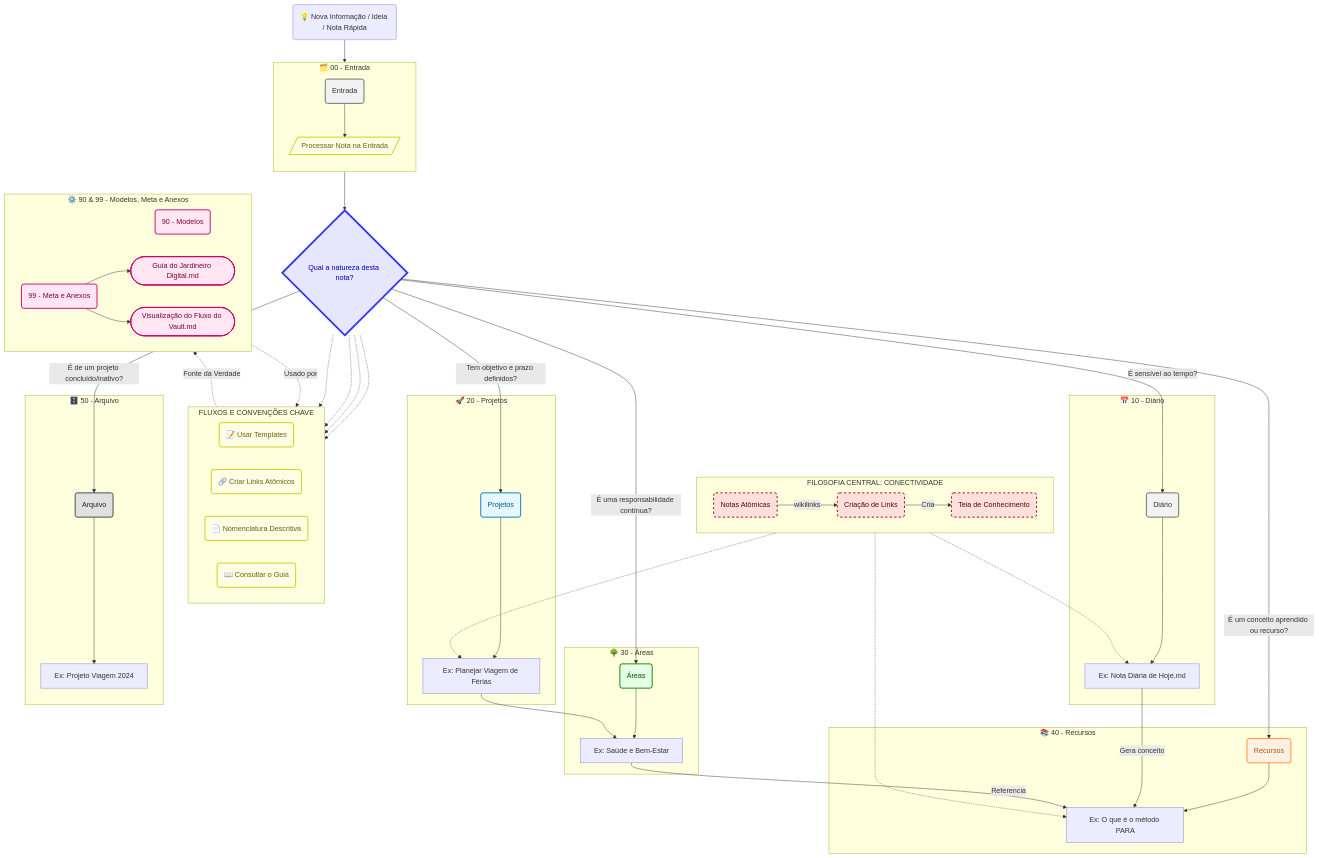
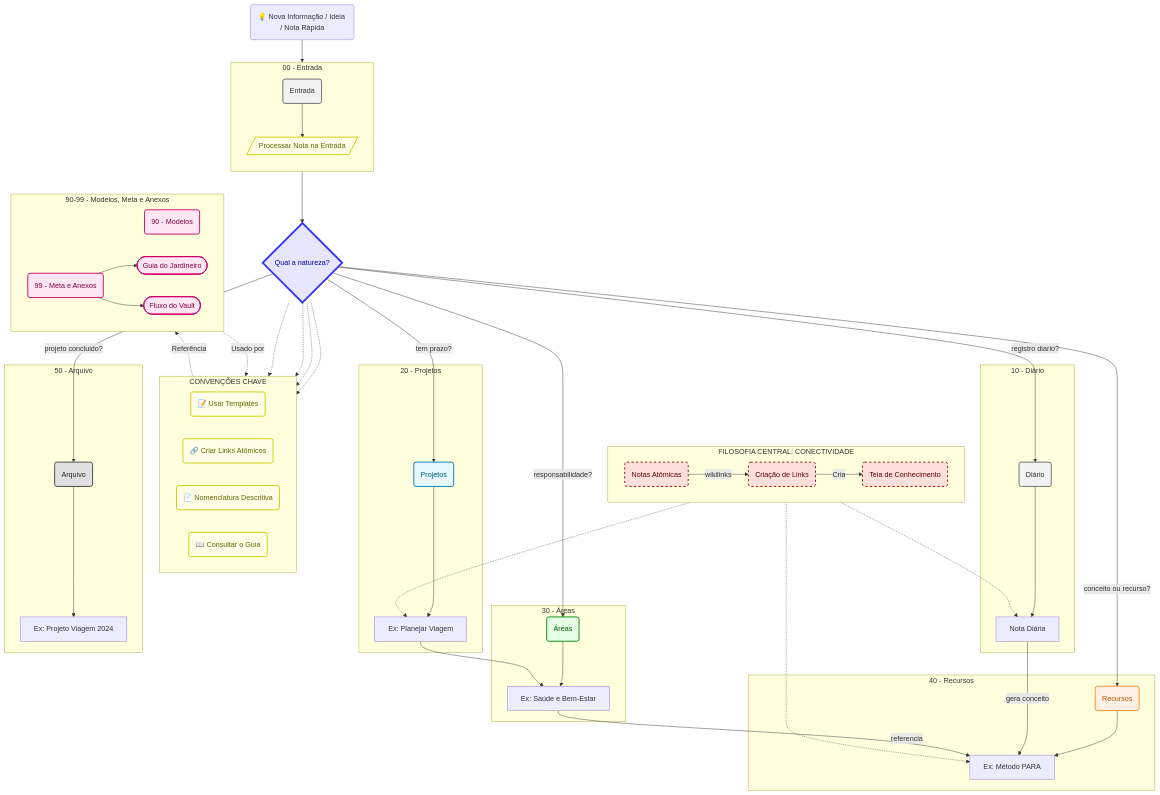
One commit to aretw0/vault-seed changed the diagram in 99 - Meta e Anexos/Visualização do Fluxo do Vault.md. Above: the diagram before and after it, drawn with Mermaid. The commit also changed 7 other files, not shown here.

First line of the commit message:
fix(mermaid): correct diagram syntax in vault notes and templates

````diff
--- a/99 - Meta e Anexos/Visualização do Fluxo do Vault.md
+++ b/99 - Meta e Anexos/Visualização do Fluxo do Vault.md
@@ -26,106 +26,103 @@
 ```mermaid
 flowchart TD
-    %% --- Título do Diagrama e Configuração Global ---
-    %% @title Fluxo de Gestão de Conhecimento (PKM)
-
     %% --- Definições de Estilo de Classe ---
-    classDef inbox fill:#f2f2f2,stroke:#666,stroke-width:2px,color:#333
+    classDef inbox    fill:#f2f2f2,stroke:#666,stroke-width:2px,color:#333
     classDef projects fill:#e6f7ff,stroke:#0077b3,stroke-width:2px,color:#005c8a
-    classDef areas fill:#e6ffe6,stroke:#008000,stroke-width:2px,color:#005900
+    classDef areas    fill:#e6ffe6,stroke:#008000,stroke-width:2px,color:#005900
     classDef knowledge fill:#fff0e6,stroke:#ff8c1a,stroke-width:2px,color:#b35900
     classDef archives fill:#e0e0e0,stroke:#404040,stroke-width:2px,color:#262626
-    classDef meta fill:#ffe6f2,stroke:#cc0066,stroke-width:2px,color:#800040
-    classDef action fill:#fffde6,stroke:#cccc00,stroke-width:2px,color:#666600
+    classDef meta     fill:#ffe6f2,stroke:#cc0066,stroke-width:2px,color:#800040
+    classDef action   fill:#fffde6,stroke:#cccc00,stroke-width:2px,color:#666600
     classDef decision fill:#e6e6ff,stroke:#3333ff,stroke-width:4px,color:#0000b3
-    classDef principle fill:#fde0dc,stroke:#980000,stroke-width:2px,stroke-dasharray:5 5,color:#620000
+    classDef principle fill:#fde0dc,stroke:#980000,stroke-width:2px,stroke-dasharray:5,color:#620000
 
     %% --- Ponto de Partida ---
-    Start("💡 Nova Informação / Ideia / Nota Rápida") --> InboxDir;
+    Start("💡 Nova Informação / Ideia / Nota Rápida") --> InboxDir
 
     %% --- Filosofia Central: Conectividade ---
     subgraph "FILOSOFIA CENTRAL: CONECTIVIDADE"
         direction LR
-        P1(Notas Atômicas):::principle
-        P2(Criação de Links):::principle
-        P3(Teia de Conhecimento):::principle
+        P1("Notas Atômicas"):::principle
+        P2("Criação de Links"):::principle
+        P3("Teia de Conhecimento"):::principle
         P1 -- "wikilinks" --> P2 -- "Cria" --> P3
     end
 
     %% --- Entrada: Ponto de Captura ---
-    subgraph "🗂️ 00 - Entrada"
+    subgraph "00 - Entrada"
         direction TB
-        InboxDir(Entrada):::inbox
+        InboxDir("Entrada"):::inbox
         ProcessNote[/"Processar Nota na Entrada"/]:::action
         InboxDir --> ProcessNote
     end
 
     %% --- Hub Principal de Processamento e Decisão ---
-    ProcessNote --> MainDecision{"Qual a natureza desta nota?"}:::decision;
+    ProcessNote --> MainDecision{"Qual a natureza?"}:::decision
 
     %% --- Fluxos e Convenções Chave ---
-    subgraph "FLUXOS E CONVENÇÕES CHAVE"
+    subgraph "CONVENÇÕES CHAVE"
         direction RL
-        KW1(📝 Usar Templates):::action
-        KW2(🔗 Criar Links Atômicos):::action
-        KW3(📄 Nomenclatura Descritiva):::action
-        KW4(📖 Consultar o Guia):::action
+        KW1("📝 Usar Templates"):::action
+        KW2("🔗 Criar Links Atômicos"):::action
+        KW3("📄 Nomenclatura Descritiva"):::action
+        KW4("📖 Consultar o Guia"):::action
     end
 
     %% --- Ligando Fluxos ao Processo ---
-    MainDecision -.-> KW1 & KW2 & KW3 & KW4;
+    MainDecision -.-> KW1 & KW2 & KW3 & KW4
 
     %% --- Ramificações de Pastas (Método PARA) ---
-    MainDecision -- "É sensível ao tempo?" --> DailyDir;
-    MainDecision -- "Tem objetivo e prazo definidos?" --> ProjectsDir;
-    MainDecision -- "É uma responsabilidade contínua?" --> AreasDir;
-    MainDecision -- "É um conceito aprendido ou recurso?" --> KnowledgeDir;
-    MainDecision -- "É de um projeto concluído/inativo?" --> ArchivesDir;
+    MainDecision -- "registro diario?" --> DailyDir
+    MainDecision -- "tem prazo?" --> ProjectsDir
+    MainDecision -- "responsabilidade?" --> AreasDir
+    MainDecision -- "conceito ou recurso?" --> KnowledgeDir
+    MainDecision -- "projeto concluido?" --> ArchivesDir
 
-    subgraph "📅 10 - Diário"
-        DailyDir(Diário):::inbox
-        Note_Daily["Ex: Nota Diária de Hoje.md"]
+    subgraph "10 - Diário"
+        DailyDir("Diário"):::inbox
+        Note_Daily["Nota Diária"]
         DailyDir --> Note_Daily
     end
 
-    subgraph "🚀 20 - Projetos"
-        ProjectsDir(Projetos):::projects
-        Project_A["Ex: Planejar Viagem de Férias"]
+    subgraph "20 - Projetos"
+        ProjectsDir("Projetos"):::projects
+        Project_A["Ex: Planejar Viagem"]
         ProjectsDir --> Project_A
     end
 
-    subgraph "🌳 30 - Áreas"
-        AreasDir(Áreas):::areas
+    subgraph "30 - Áreas"
+        AreasDir("Áreas"):::areas
         Area_A["Ex: Saúde e Bem-Estar"]
         AreasDir --> Area_A
     end
 
-    subgraph "📚 40 - Recursos"
-        KnowledgeDir(Recursos):::knowledge
-        Concept_A["Ex: O que é o método PARA"]
+    subgraph "40 - Recursos"
+        KnowledgeDir("Recursos"):::knowledge
+        Concept_A["Ex: Método PARA"]
         KnowledgeDir --> Concept_A
     end
 
-    subgraph "🗄️ 50 - Arquivo"
-        ArchivesDir(Arquivo):::archives
+    subgraph "50 - Arquivo"
+        ArchivesDir("Arquivo"):::archives
         CompletedProject["Ex: Projeto Viagem 2024"]
         ArchivesDir --> CompletedProject
     end
 
     %% --- Meta, Modelos e Anexos ---
-    subgraph "⚙️ 90 & 99 - Modelos, Meta e Anexos"
+    subgraph "90-99 - Modelos, Meta e Anexos"
         direction LR
         TemplatesDir("90 - Modelos"):::meta
         MetaDir("99 - Meta e Anexos"):::meta
-        Guia(["Guia do Jardineiro Digital.md"]):::meta
-        Diagrama(["Visualização do Fluxo do Vault.md"]):::meta
+        Guia(["Guia do Jardineiro"]):::meta
+        Diagrama(["Fluxo do Vault"]):::meta
         MetaDir --> Guia & Diagrama
-        KW4 -. "Fonte da Verdade" .-> Guia
+        KW4 -. "Referência" .-> Guia
         TemplatesDir -. "Usado por" .-> KW1
     end
 
     %% --- Conexões Finais ---
     Project_A --> Area_A
-    Note_Daily -- "Gera conceito" --> Concept_A
-    Area_A -- "Referencia" --> Concept_A
+    Note_Daily -- "gera conceito" --> Concept_A
+    Area_A -- "referencia" --> Concept_A
     P2 -.-> Concept_A & Note_Daily & Project_A
 ```
````
